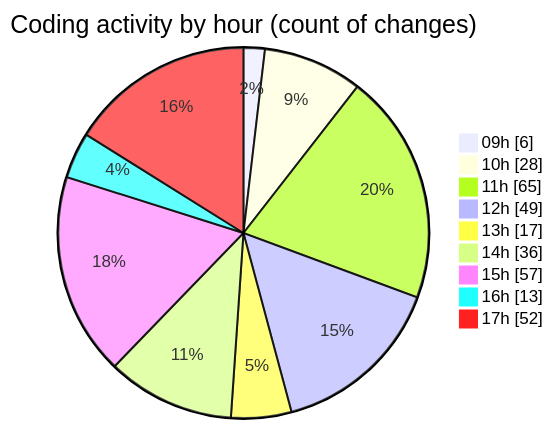
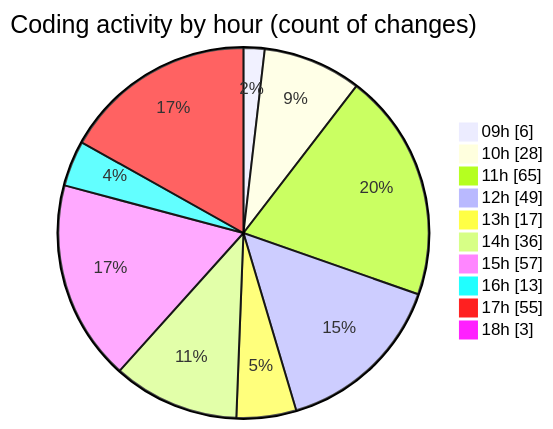
The second of 2 diagrams in 2025-03-27/cda/README.md (momahboobian/code-tracking), drawn with Mermaid before and after one commit. The commit also changed other lines of this file and 1 other file, not shown here.

````diff
--- a/2025-03-27/cda/README.md
+++ b/2025-03-27/cda/README.md
@@ -39,13 +39,14 @@
 ```mermaid
 pie showData
 title Coding activity by hour (count of changes)
 "09h" : 6
 "10h" : 28
 "11h" : 65
 "12h" : 49
 "13h" : 17
 "14h" : 36
 "15h" : 57
 "16h" : 13
-"17h" : 52
+"17h" : 55
+"18h" : 3
 ```
````
